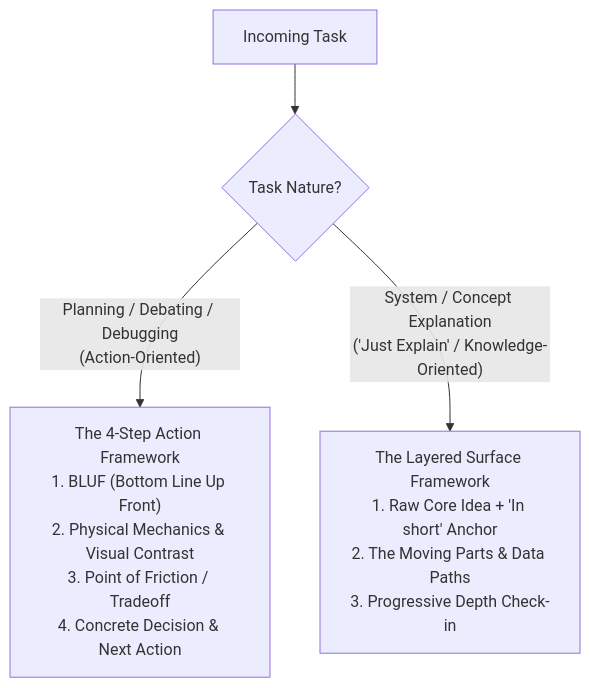
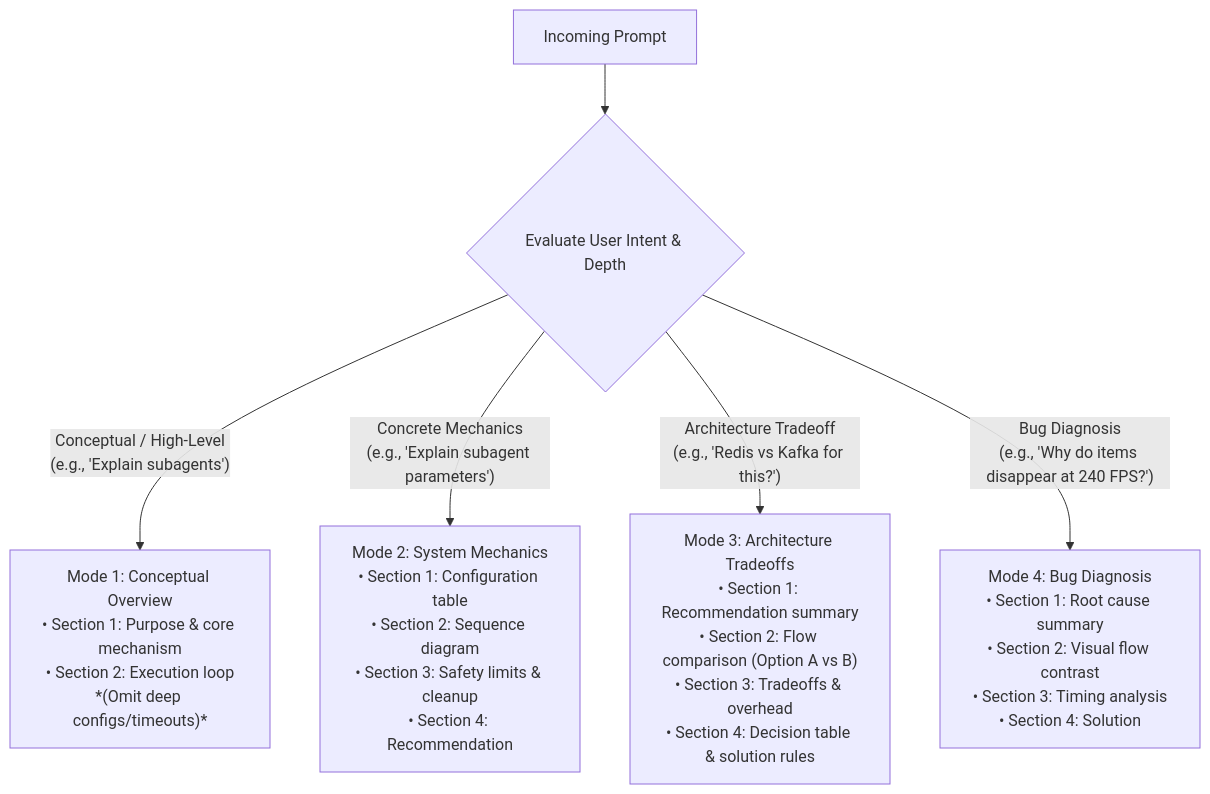
The diagram in productivity/your-co-engineer-for-this-jet-engine-is-an-infant/SKILL.md (loerei/myskills), drawn with Mermaid before and after one commit. The commit also changed other lines of this file and 1 other file, not shown here.

````diff
--- a/productivity/your-co-engineer-for-this-jet-engine-is-an-infant/SKILL.md
+++ b/productivity/your-co-engineer-for-this-jet-engine-is-an-infant/SKILL.md
@@ -21,8 +48,12 @@
 ```mermaid
 flowchart TD
-    Task["Incoming Task"] --> TaskType{"Task Nature?"}
+    PromptIn["Incoming Prompt"] --> ScopeEval{"Evaluate User Intent & Depth"}
     
-    TaskType -->|"Planning / Debating / Debugging<br/>(Action-Oriented)"| Framework4["The 4-Step Action Framework<br/>1. BLUF (Bottom Line Up Front)<br/>2. Physical Mechanics & Visual Contrast<br/>3. Point of Friction / Tradeoff<br/>4. Concrete Decision & Next Action"]
+    ScopeEval -->|"Conceptual / High-Level<br/>(e.g., 'Explain subagents')"| Mode1["Mode 1: Conceptual Overview<br/>• Section 1: Purpose & core mechanism<br/>• Section 2: Execution loop<br/>*(Omit deep configs/timeouts)*"]
     
-    TaskType -->|"System / Concept Explanation<br/>('Just Explain' / Knowledge-Oriented)"| Framework3["The Layered Surface Framework<br/>1. Raw Core Idea + 'In short' Anchor<br/>2. The Moving Parts & Data Paths<br/>3. Progressive Depth Check-in"]
+    ScopeEval -->|"Concrete Mechanics<br/>(e.g., 'Explain subagent parameters')"| Mode2["Mode 2: System Mechanics<br/>• Section 1: Configuration table<br/>• Section 2: Sequence diagram<br/>• Section 3: Safety limits & cleanup<br/>• Section 4: Recommendation"]
+    
+    ScopeEval -->|"Architecture Tradeoff<br/>(e.g., 'Redis vs Kafka for this?')"| Mode3["Mode 3: Architecture Tradeoffs<br/>• Section 1: Recommendation summary<br/>• Section 2: Flow comparison (Option A vs B)<br/>• Section 3: Tradeoffs & overhead<br/>• Section 4: Decision table & solution rules"]
+    
+    ScopeEval -->|"Bug Diagnosis<br/>(e.g., 'Why do items disappear at 240 FPS?')"| Mode4["Mode 4: Bug Diagnosis<br/>• Section 1: Root cause summary<br/>• Section 2: Visual flow contrast<br/>• Section 3: Timing analysis<br/>• Section 4: Solution"]
 ```
````
